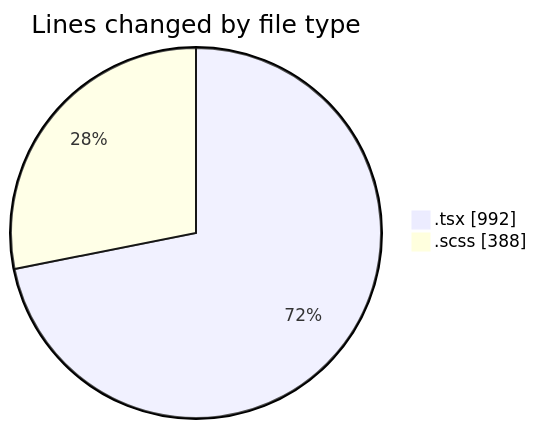
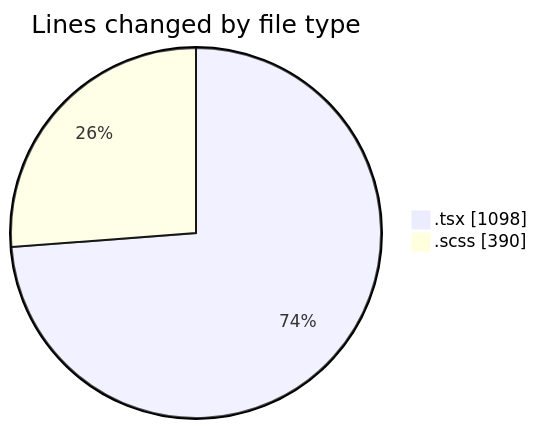
One commit to momahboobian/code-tracking changed the first of 2 diagrams in 2026-08-26/cda/README.md. Above: the diagram before and after it, drawn with Mermaid. The commit also changed other lines of this file and 1 other file, not shown here.

````diff
--- a/2026-08-26/cda/README.md
+++ b/2026-08-26/cda/README.md
@@ -29,6 +29,6 @@
 ```mermaid
 pie showData
 title Lines changed by file type
-".tsx" : 992
-".scss" : 388
+".tsx" : 1098
+".scss" : 390
 ```
````
